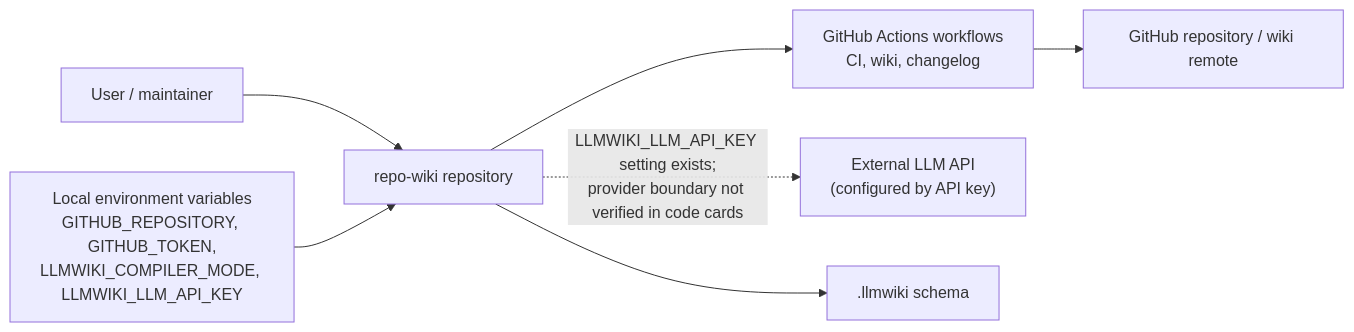
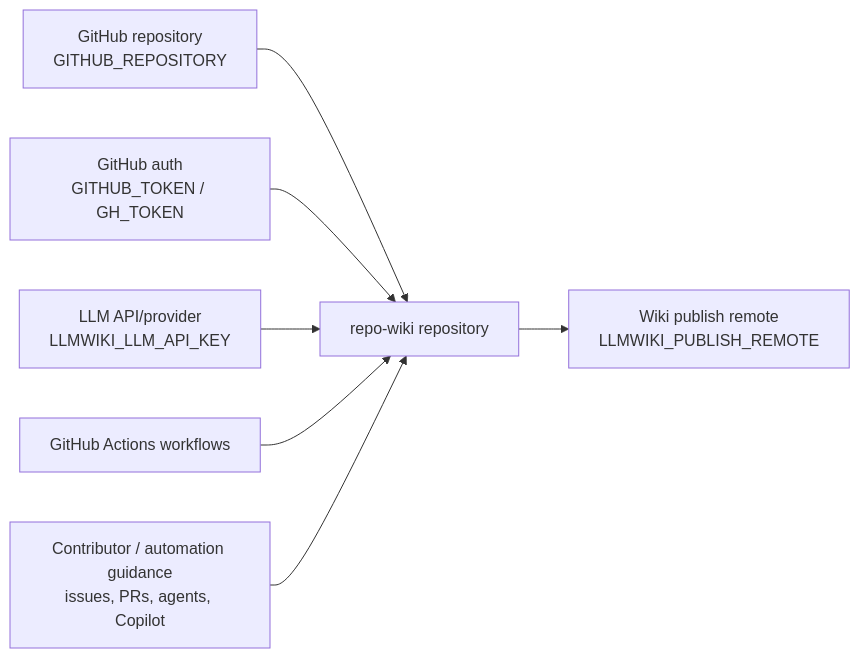
One commit to mfittko/repo-wiki changed the first of 4 diagrams in Architecture.md. Above: the diagram before and after it, drawn with Mermaid. The commit also changed other lines of this file and 44 other files, not shown here.

Commit message:
Compile repository wiki 2026-05-16T12:01:51.049Z

````diff
--- a/Architecture.md
+++ b/Architecture.md
@@ -50,17 +48,18 @@
 ```mermaid
 flowchart LR
-  User["User / maintainer"]
   Repo["repo-wiki repository"]
-  Env["Local environment variables<br/>GITHUB_REPOSITORY, GITHUB_TOKEN,<br/>LLMWIKI_COMPILER_MODE, LLMWIKI_LLM_API_KEY"]
-  GHA["GitHub Actions workflows<br/>CI, wiki, changelog"]
-  GitHub["GitHub repository / wiki remote"]
-  LLM["External LLM API<br/>(configured by API key)"]
-  WikiSchema[".llmwiki schema"]
 
-  User --> Repo
-  Repo --> WikiSchema
-  Env --> Repo
-  Repo --> GHA
-  GHA --> GitHub
-  Repo -. "LLMWIKI_LLM_API_KEY setting exists;<br/>provider boundary not verified in code cards" .-> LLM
+  GitHubRepo["GitHub repository<br/>GITHUB_REPOSITORY"]
+  GitHubAuth["GitHub auth<br/>GITHUB_TOKEN / GH_TOKEN"]
+  LLM["LLM API/provider<br/>LLMWIKI_LLM_API_KEY"]
+  WikiRemote["Wiki publish remote<br/>LLMWIKI_PUBLISH_REMOTE"]
+  Actions["GitHub Actions workflows"]
+  Governance["Contributor / automation guidance<br/>issues, PRs, agents, Copilot"]
+
+  GitHubRepo --> Repo
+  GitHubAuth --> Repo
+  LLM --> Repo
+  Repo --> WikiRemote
+  Actions --> Repo
+  Governance --> Repo
 ```
````
